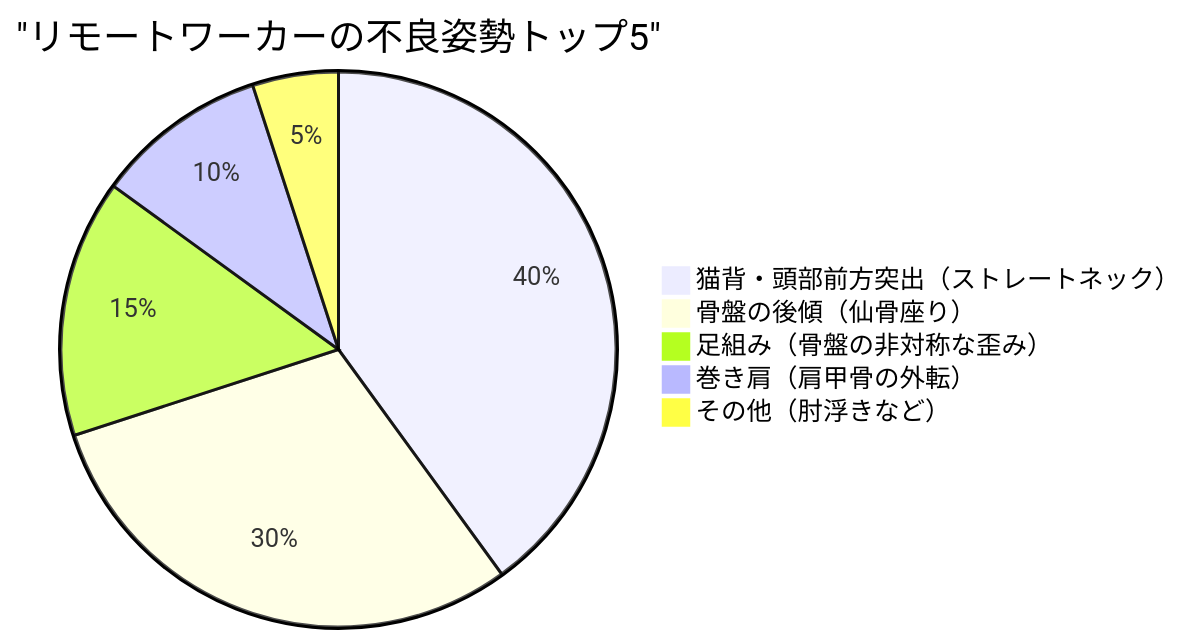
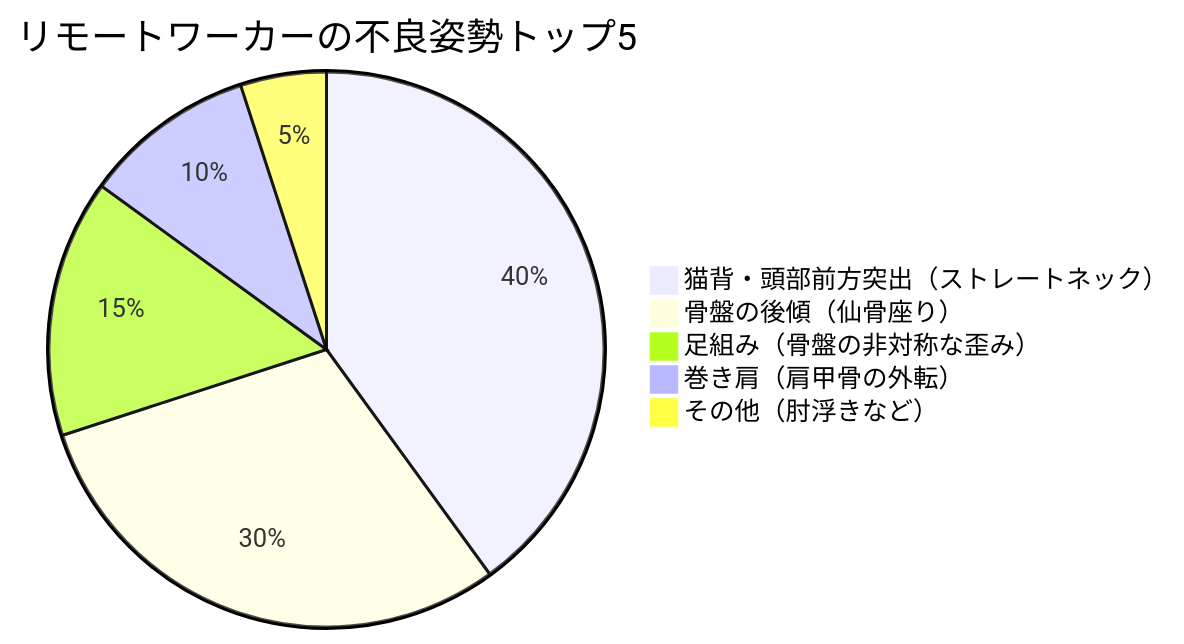
Before and after one commit to kenjinote/blog: the second of 2 diagrams in content/post/ergonomic_chairs/index.md, drawn with Mermaid. The commit also changed other lines of this file and 703 other files, not shown here.

Commit message:
Fix: Remove quotes from Mermaid link texts and timeline definitions to support Mermaid 11.4.1

````diff
--- a/content/post/ergonomic_chairs/index.md
+++ b/content/post/ergonomic_chairs/index.md
@@ -135,8 +135,8 @@
 ```mermaid
-pie title "リモートワーカーの不良姿勢トップ5"
+pie title リモートワーカーの不良姿勢トップ5
     "猫背・頭部前方突出（ストレートネック）" : 40
     "骨盤の後傾（仙骨座り）" : 30
     "足組み（骨盤の非対称な歪み）" : 15
     "巻き肩（肩甲骨の外転）" : 10
     "その他（肘浮きなど）" : 5
 ```
````
